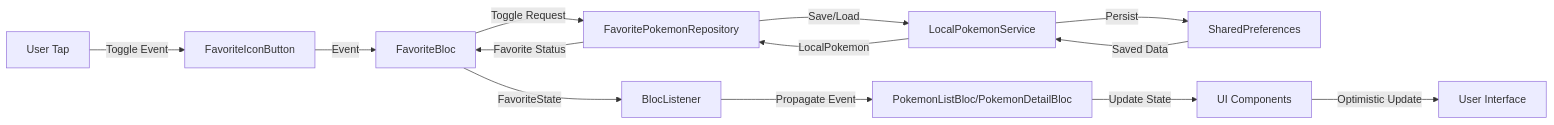
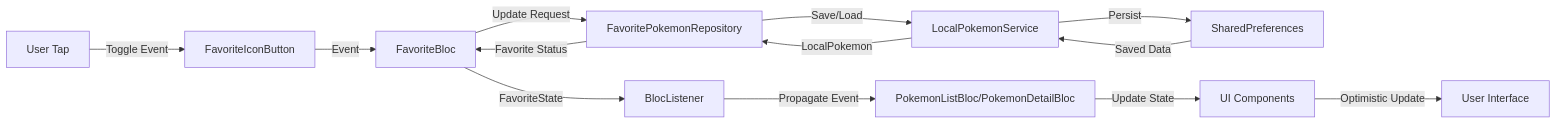
One commit to justbug/AnotherPokemonAssignment changed the second of 4 diagrams in flutter_another_pokemon_assignment/README_ARCHITECTURE.md. Above: the diagram before and after it, drawn with Mermaid. The commit also changed other lines of this file and 1 other file, not shown here.

````diff
--- a/flutter_another_pokemon_assignment/README_ARCHITECTURE.md
+++ b/flutter_another_pokemon_assignment/README_ARCHITECTURE.md
@@ -98,16 +98,16 @@
 ```mermaid
 graph LR
     A[User Tap] -->|Toggle Event| B[FavoriteIconButton]
     B -->|Event| C[FavoriteBloc]
-    C -->|Toggle Request| D[FavoritePokemonRepository]
+    C -->|Update Request| D[FavoritePokemonRepository]
     D -->|Save/Load| E[LocalPokemonService]
     E -->|Persist| F[SharedPreferences]
     
     F -->|Saved Data| E
     E -->|LocalPokemon| D
     D -->|Favorite Status| C
     C -->|FavoriteState| G[BlocListener]
     G -->|Propagate Event| H[PokemonListBloc/PokemonDetailBloc]
     H -->|Update State| I[UI Components]
     I -->|Optimistic Update| J[User Interface]
 ```
````
